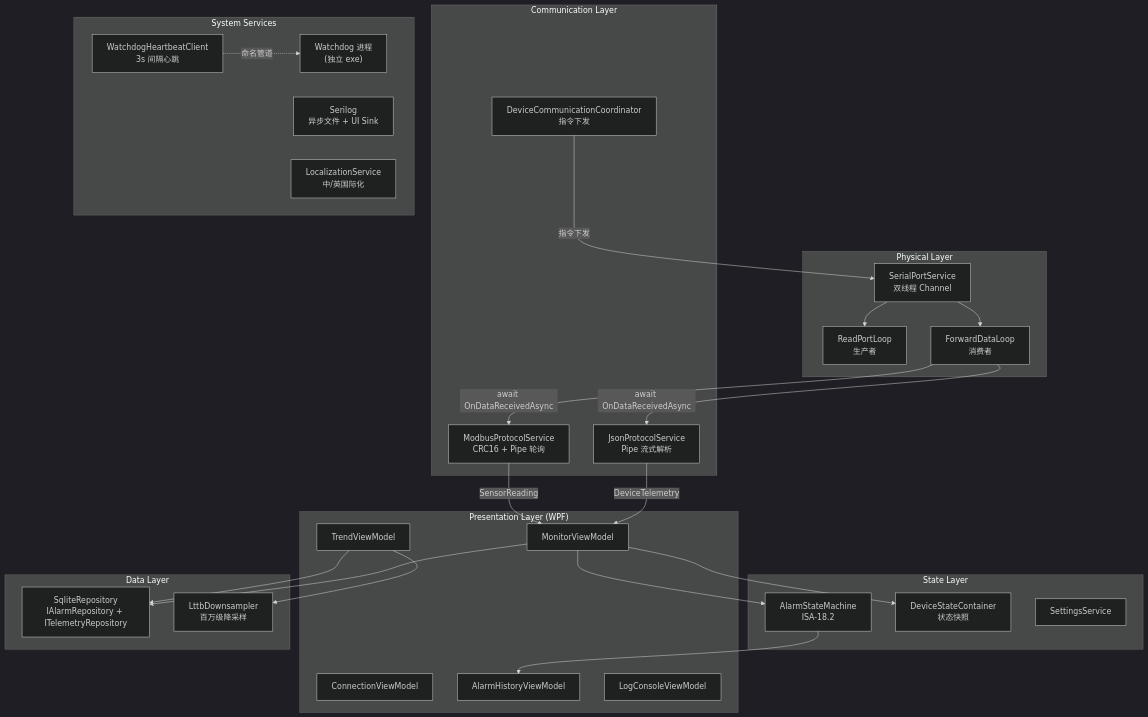
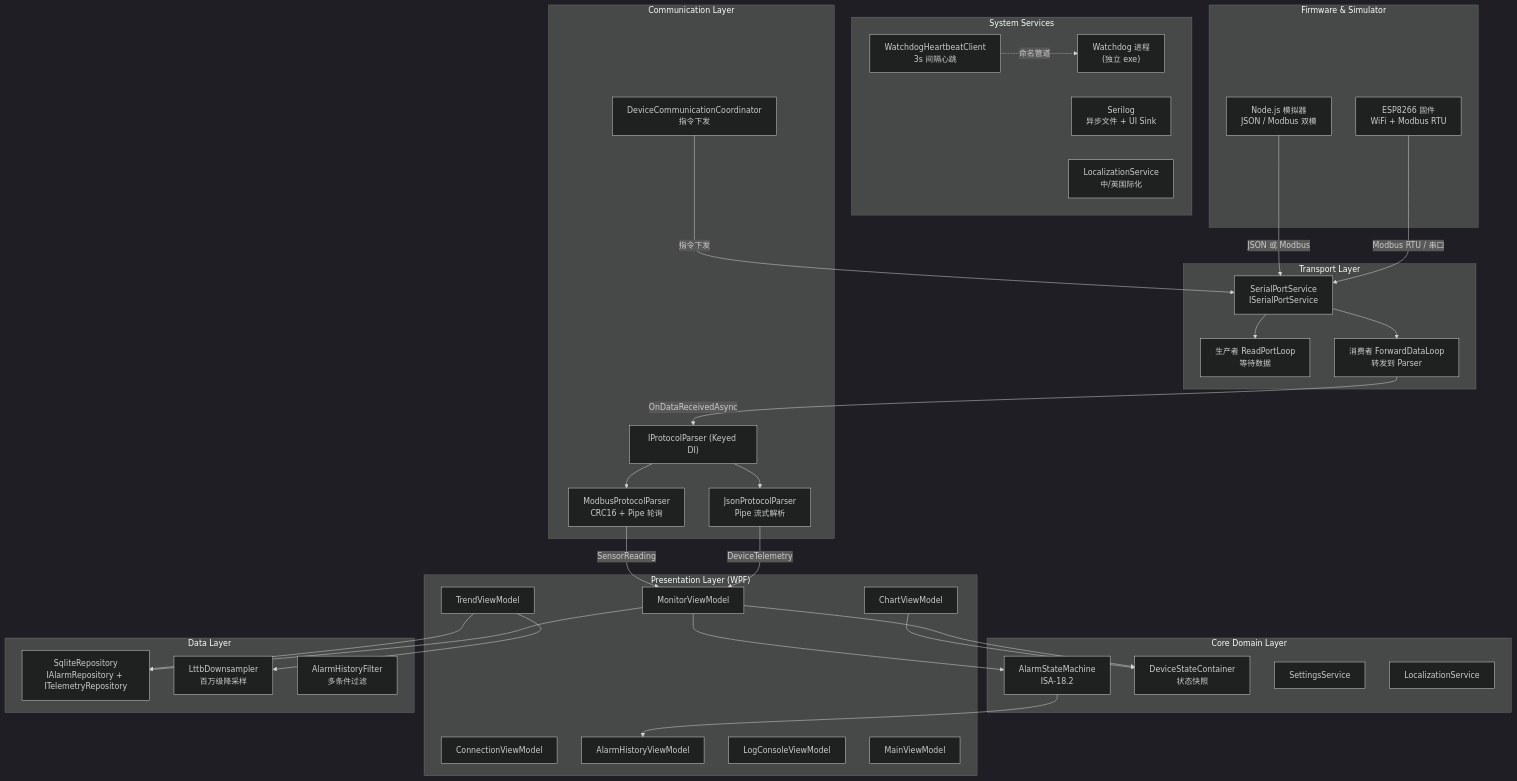
Before and after one commit to YiQiuAcc/SmartEdgeHMI: the first of 3 diagrams in README.md, drawn with Mermaid (dark theme). The commit also changed other lines of this file, not shown here.

Commit message:
更新README文档，新增 Firmware 固件段落，更新项目结构，更新技术栈章节

````diff
--- a/README.md
+++ b/README.md
@@ -82,55 +85,69 @@
 ```mermaid
 graph TB
     subgraph "Presentation Layer (WPF)"
         MV[MonitorViewModel]
         CV[ConnectionViewModel]
-        AV[AlarmHistoryViewModel]
+        AHV[AlarmHistoryViewModel]
         TV[TrendViewModel]
-        LV[LogConsoleViewModel]
+        LCV[LogConsoleViewModel]
+        CHV[ChartViewModel]
+        MainV[MainViewModel]
     end
 
-    subgraph "State Layer"
+    subgraph "Core Domain Layer"
         ASM[AlarmStateMachine<br/>ISA-18.2]
         DSC[DeviceStateContainer<br/>状态快照]
         SS[SettingsService]
+        LOC[LocalizationService]
     end
 
     subgraph "Communication Layer"
         DCC[DeviceCommunicationCoordinator<br/>指令下发]
-        JSON[JsonProtocolService<br/>Pipe 流式解析]
-        MOD[ModbusProtocolService<br/>CRC16 + Pipe 轮询]
+        JSON[JsonProtocolParser<br/>Pipe 流式解析]
+        MOD[ModbusProtocolParser<br/>CRC16 + Pipe 轮询]
+        IProto["IProtocolParser (Keyed DI)"]
     end
 
-    subgraph "Physical Layer"
-        SPS[SerialPortService<br/>双线程 Channel]
-        RP[ReadPortLoop<br/>生产者]
-        FP[ForwardDataLoop<br/>消费者]
+    subgraph "Transport Layer"
+        SPS[SerialPortService<br/>ISerialPortService]
+        RP[生产者 ReadPortLoop<br/>等待数据]
+        FP[消费者 ForwardDataLoop<br/>转发到 Parser]
     end
 
     subgraph "Data Layer"
         SQL[SqliteRepository<br/>IAlarmRepository + ITelemetryRepository]
         LTTB[LttbDownsampler<br/>百万级降采样]
+        Filter[AlarmHistoryFilter<br/>多条件过滤]
     end
 
     subgraph "System Services"
         WD["Watchdog 进程<br/>(独立 exe)"]
         HC[WatchdogHeartbeatClient<br/>3s 间隔心跳]
         LOG[Serilog<br/>异步文件 + UI Sink]
-        LOC[LocalizationService<br/>中/英国际化]
+        I18n[LocalizationService<br/>中/英国际化]
+    end
+
+    subgraph "Firmware & Simulator"
+        ESP[ESP8266 固件<br/>WiFi + Modbus RTU]
+        SIM[Node.js 模拟器<br/>JSON / Modbus 双模]
     end
 
     SPS --> RP
     SPS --> FP
-    FP -->|await OnDataReceivedAsync| JSON
-    FP -->|await OnDataReceivedAsync| MOD
+    FP -->|OnDataReceivedAsync| IProto
+    IProto --> JSON
+    IProto --> MOD
     DCC -->|指令下发| SPS
     JSON -->|DeviceTelemetry| MV
     MOD -->|SensorReading| MV
     MV --> ASM
     MV --> DSC
-    ASM --> AV
+    CHV --> DSC
+    ASM --> AHV
     MV --> SQL
     TV --> SQL
     TV --> LTTB
     HC -.->|命名管道| WD
+    ESP -->|Modbus RTU / 串口| SPS
+    SIM -->|JSON 或 Modbus| SPS
 ```
````
